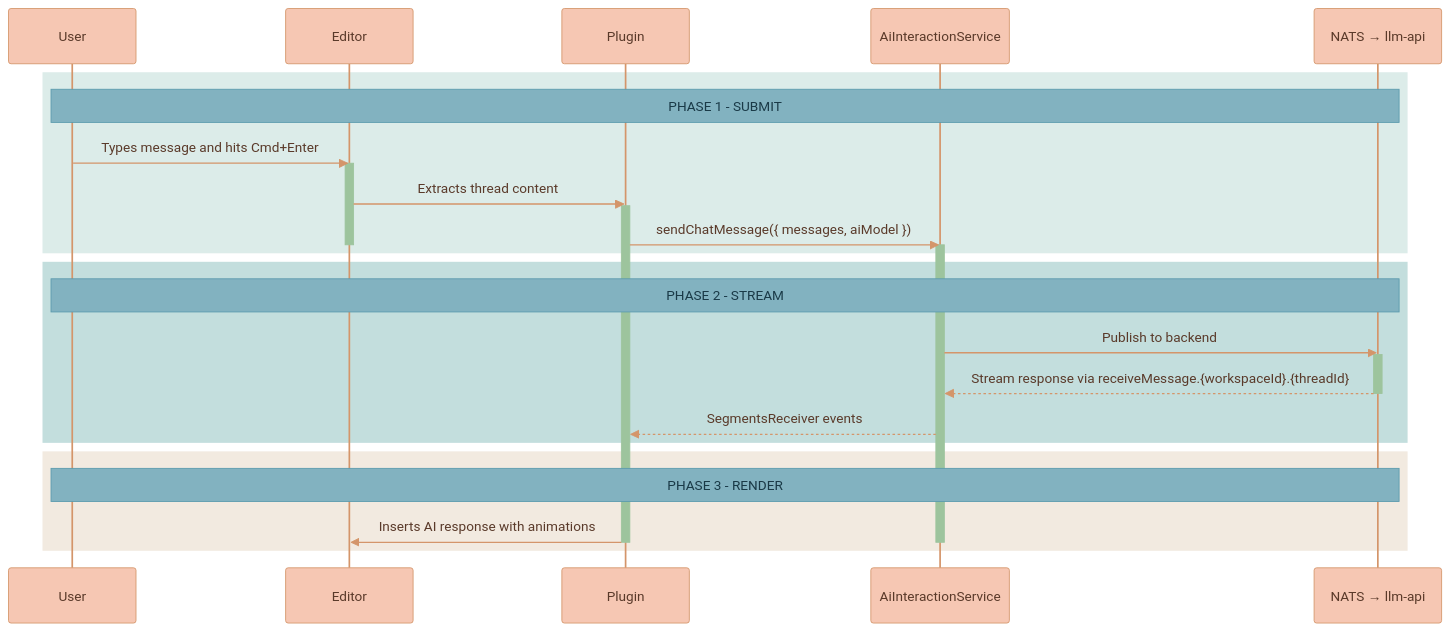
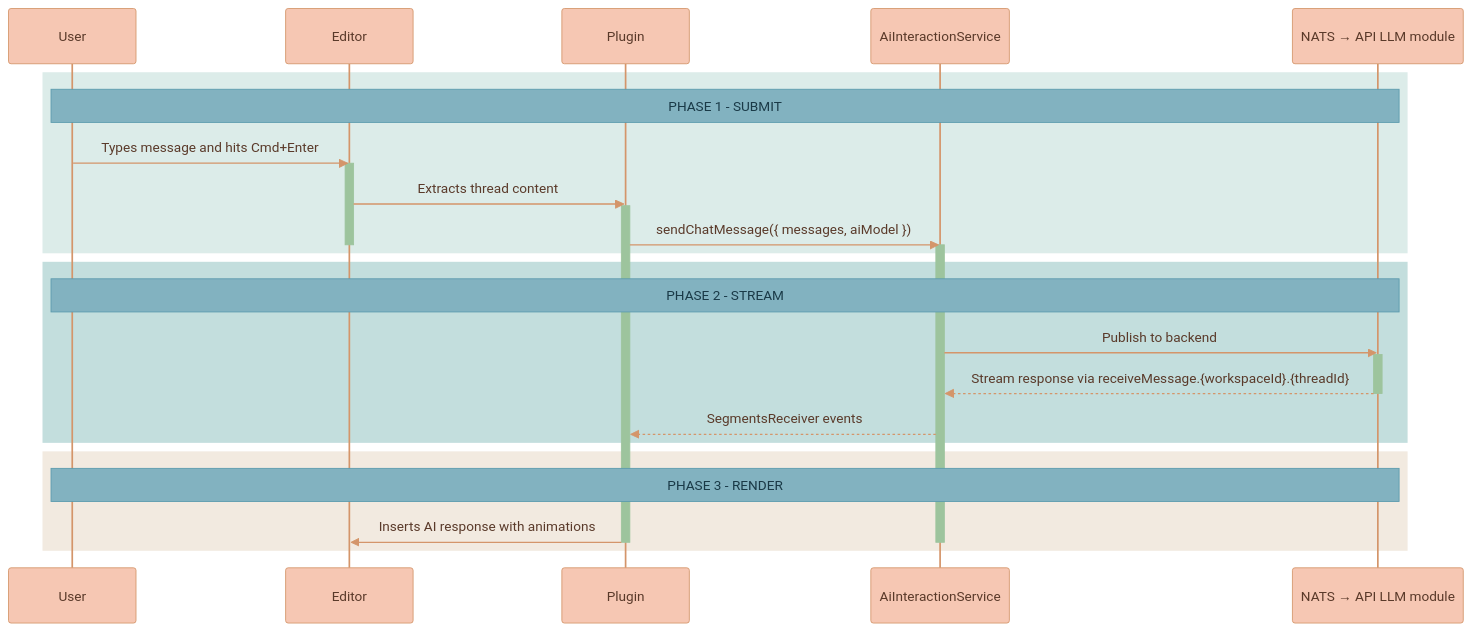
The fifth of 5 diagrams in services/web-ui/src/components/proseMirror/plugins/aiChatThreadPlugin/README.md (Lixpi/lixpi), drawn with Mermaid before and after one commit. The commit also changed other lines of this file and 13 other files, not shown here.

````diff
--- a/services/web-ui/src/components/proseMirror/plugins/aiChatThreadPlugin/README.md
+++ b/services/web-ui/src/components/proseMirror/plugins/aiChatThreadPlugin/README.md
@@ -368,44 +368,44 @@
 ```mermaid
 %%{init: {'theme': 'base', 'themeVariables': { 'noteBkgColor': '#82B2C0', 'noteTextColor': '#1a3a47', 'noteBorderColor': '#5a9aad', 'actorBkg': '#F6C7B3', 'actorBorder': '#d4956a', 'actorTextColor': '#5a3a2a', 'actorLineColor': '#d4956a', 'signalColor': '#d4956a', 'signalTextColor': '#5a3a2a', 'labelBoxBkgColor': '#F6C7B3', 'labelBoxBorderColor': '#d4956a', 'labelTextColor': '#5a3a2a', 'loopTextColor': '#5a3a2a', 'activationBorderColor': '#9DC49D', 'activationBkgColor': '#9DC49D', 'sequenceNumberColor': '#5a3a2a'}}}%%
 sequenceDiagram
   participant U as User
   participant E as Editor
   participant P as Plugin
   participant AIS as AiInteractionService
-  participant NATS as NATS → llm-api
+  participant NATS as NATS → API LLM module
   %% ═══════════════════════════════════════════════════════════════
   %% PHASE 1: SUBMIT
   %% ═══════════════════════════════════════════════════════════════
   rect rgb(220, 236, 233)
     Note over U, NATS: PHASE 1 - SUBMIT
     U->>E: Types message and hits Cmd+Enter
     activate E
     E->>P: Extracts thread content
     activate P
     P->>AIS: sendChatMessage({ messages, aiModel })
     activate AIS
     deactivate E
   end
 
   %% ═══════════════════════════════════════════════════════════════
   %% PHASE 2: STREAM
   %% ═══════════════════════════════════════════════════════════════
   rect rgb(195, 222, 221)
     Note over U, NATS: PHASE 2 - STREAM
     AIS->>NATS: Publish to backend
     activate NATS
     NATS-->>AIS: Stream response via receiveMessage.{workspaceId}.{threadId}
     deactivate NATS
     AIS-->>P: SegmentsReceiver events
   end
 
   %% ═══════════════════════════════════════════════════════════════
   %% PHASE 3: RENDER
   %% ═══════════════════════════════════════════════════════════════
   rect rgb(242, 234, 224)
     Note over U, NATS: PHASE 3 - RENDER
     P->>E: Inserts AI response with animations
     deactivate AIS
     deactivate P
   end
 ```
````
